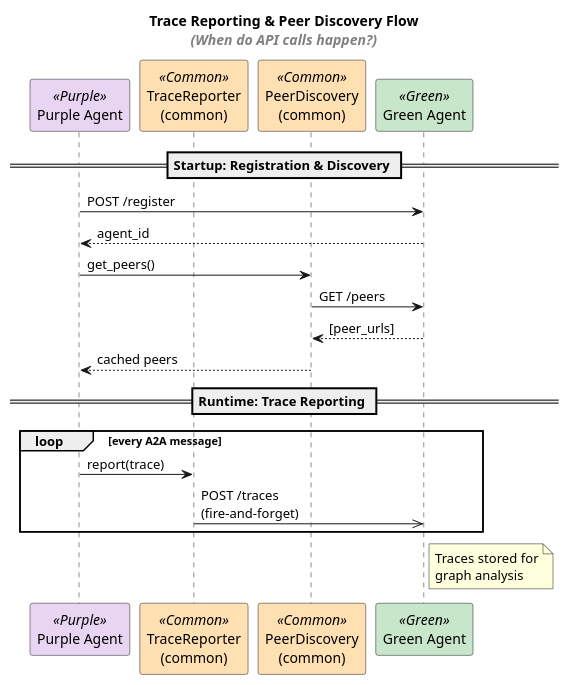
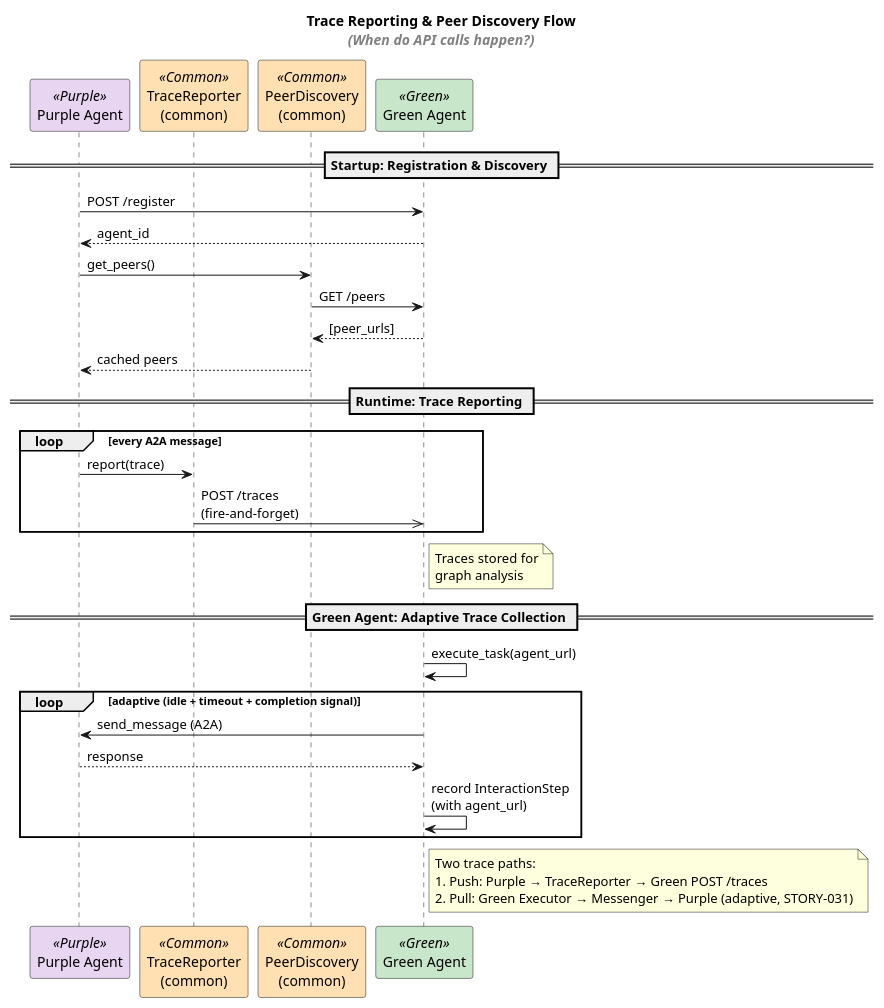
The diagram in docs/arch_vis/TracingArchitecture.puml (qte77/RDI-AgentBeats-MAS-GraphJudge), drawn with PlantUML before and after one commit. The commit also changed 5 other files, not shown here.

First line of the commit message:
docs: update docs and diagrams for STORY-010/031/034

```diff
--- a/docs/arch_vis/TracingArchitecture.puml
+++ b/docs/arch_vis/TracingArchitecture.puml
@@ -1,37 +1,52 @@
 @startuml TracingArchitecture
 title Trace Reporting & Peer Discovery Flow\n//<color:gray>(When do API calls happen?)</color>//
 
 skinparam participant {
     BackgroundColor<<Purple>> #E8D5F2
     BackgroundColor<<Green>> #C8E6C9
     BackgroundColor<<Common>> #FFE0B2
 }
 
 participant "Purple Agent" as Purple <<Purple>>
 participant "TraceReporter\n(common)" as Reporter <<Common>>
 participant "PeerDiscovery\n(common)" as Discovery <<Common>>
 participant "Green Agent" as Green <<Green>>
 
 == Startup: Registration & Discovery ==
 
 Purple -> Green : POST /register
 Green --> Purple : agent_id
 
 Purple -> Discovery : get_peers()
 Discovery -> Green : GET /peers
 Green --> Discovery : [peer_urls]
 Discovery --> Purple : cached peers
 
 == Runtime: Trace Reporting ==
 
 loop every A2A message
     Purple -> Reporter : report(trace)
     Reporter ->> Green : POST /traces\n(fire-and-forget)
 end
 
 note right of Green
   Traces stored for
   graph analysis
 end note
 
+== Green Agent: Adaptive Trace Collection ==
+
+Green -> Green : execute_task(agent_url)
+loop adaptive (idle + timeout + completion signal)
+    Green -> Purple : send_message (A2A)
+    Purple --> Green : response
+    Green -> Green : record InteractionStep\n(with agent_url)
+end
+
+note right of Green
+  Two trace paths:
+  1. Push: Purple → TraceReporter → Green POST /traces
+  2. Pull: Green Executor → Messenger → Purple (adaptive, STORY-031)
+end note
+
 @enduml
```
